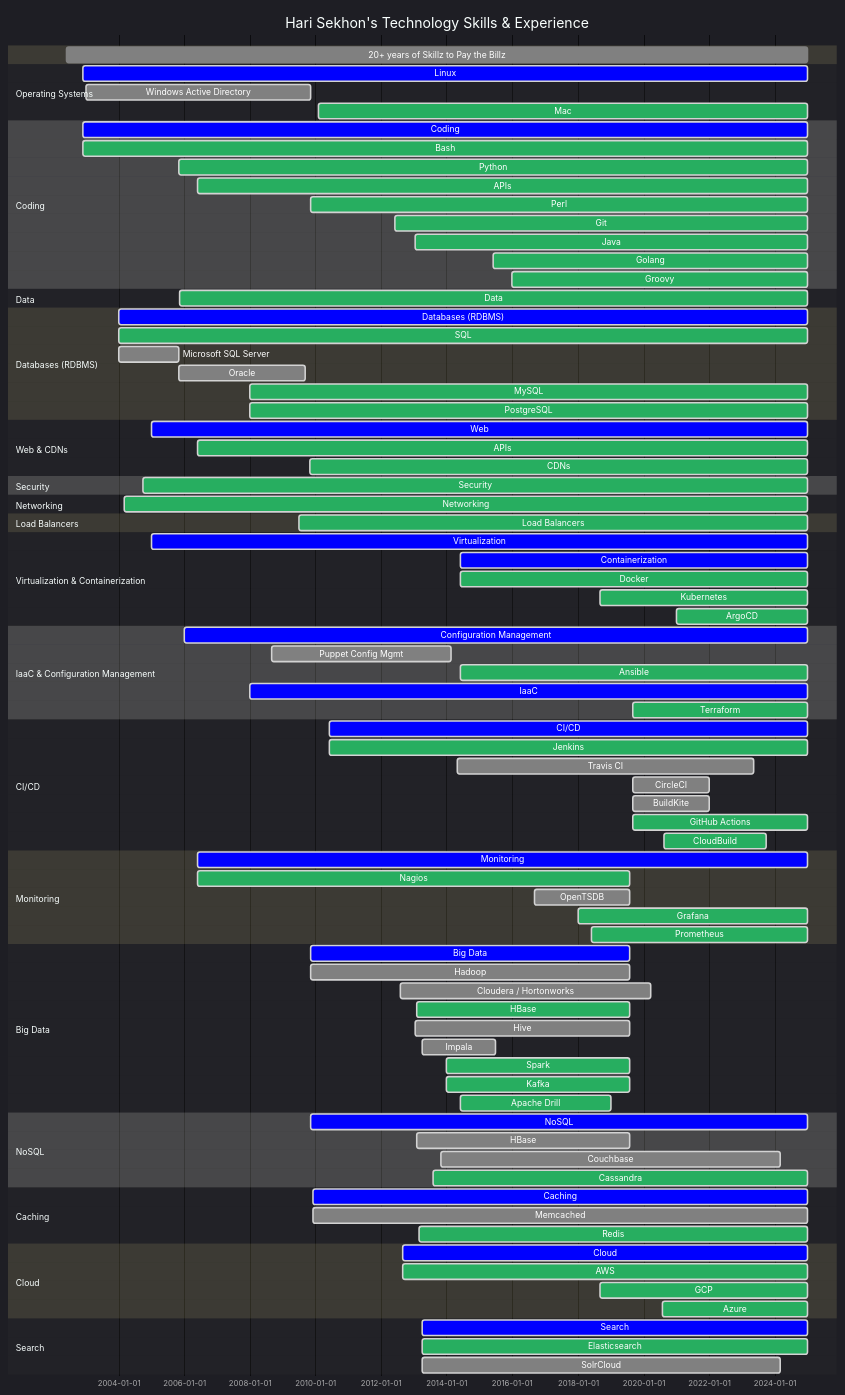
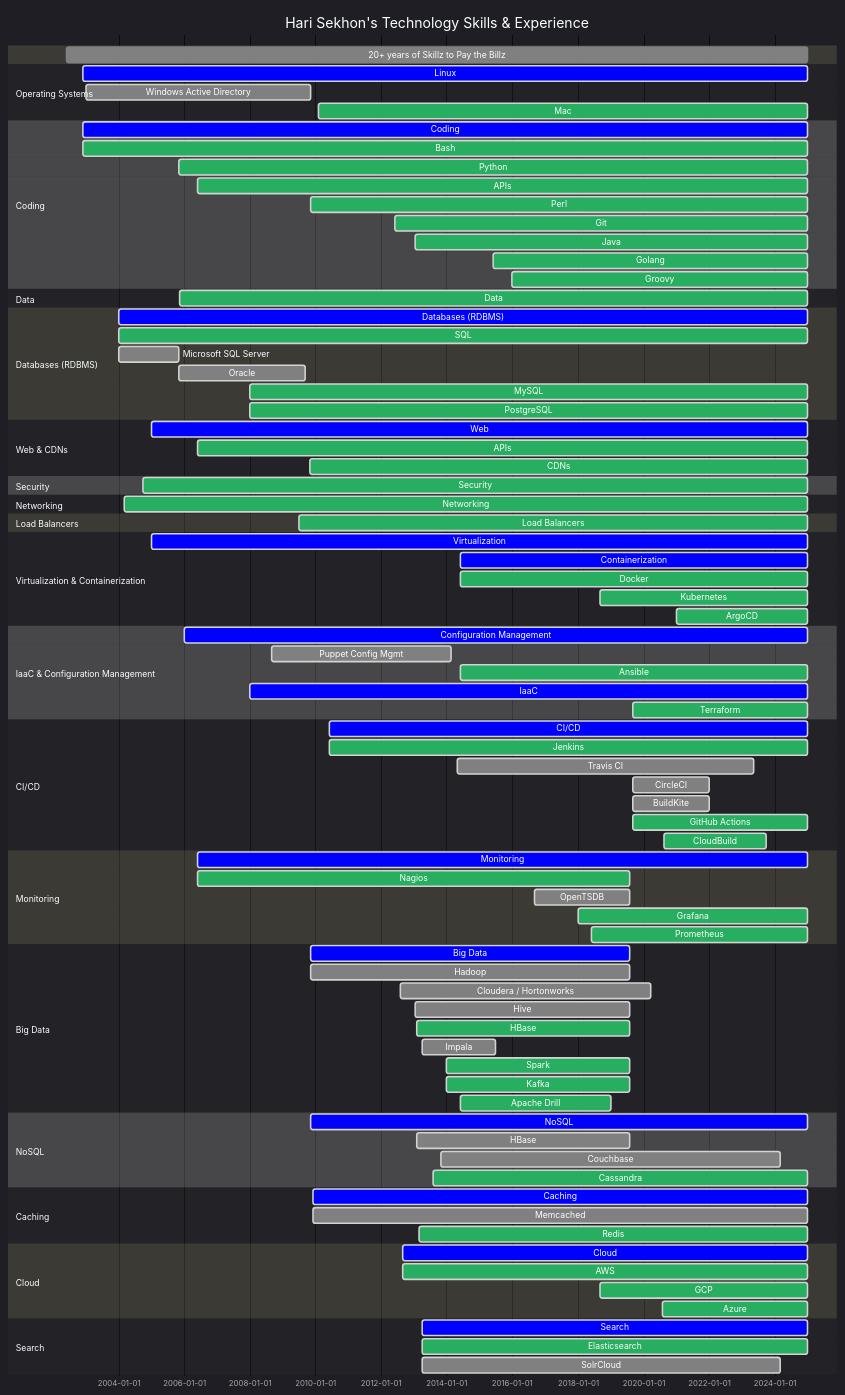
The diagram in README.md (HariSekhon/HariSekhon), drawn with Mermaid before and after one commit. The commit also changed other lines of this file, not shown here.

```diff
--- a/README.md
+++ b/README.md
@@ -440,8 +440,8 @@
     %%HDFS                   : done, 2009-11-13, 2019-07-31
     %%MapReduce              : done, 2012-06-01, 2019-07-31
     Cloudera / Hortonworks : done, 2012-08-01, 2020-03-20
+    Hive                   : done, 2013-01-18, 2019-07-31
     HBase                  : active, 2013-02-01, 2019-07-31
-    Hive                   : done, 2013-01-18, 2019-07-31
     Impala                 : done, 2013-04-01, 2015-06-30
     Spark                  : active, 2014-01-01, 2019-07-31
     Kafka                  : active, 2014-01-01, 2019-07-31
```
